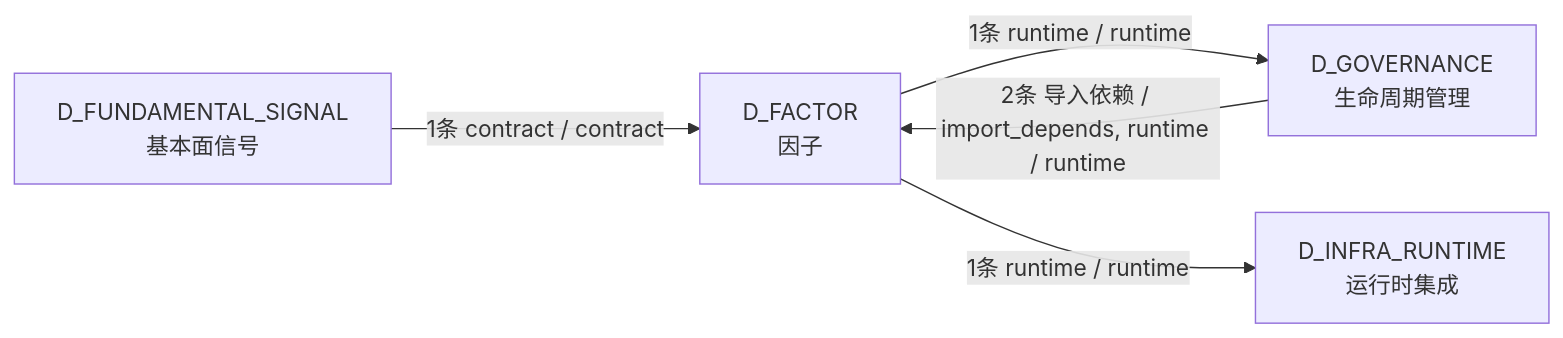
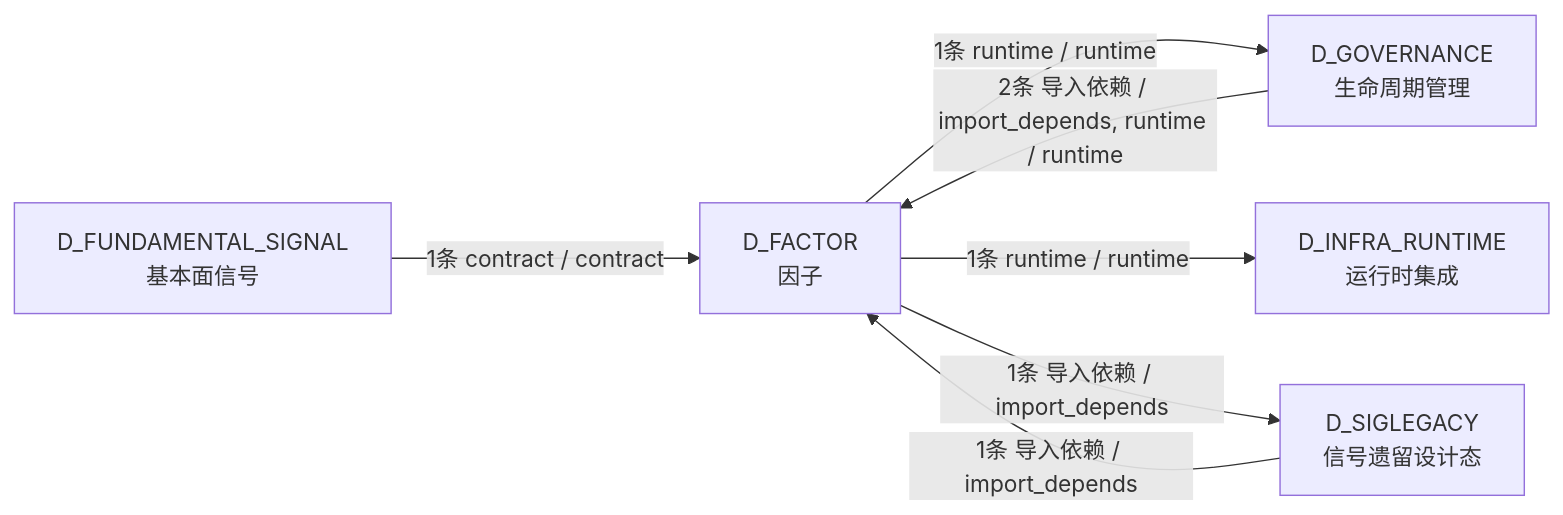
One commit to xuanFelixVan/ZephyrAlpha changed the fourth of 4 diagrams in docs/02_enterprise_architecture/02_domain_architecture_docs/34_d_factor.md. Above: the diagram before and after it, drawn with Mermaid. The commit also changed other lines of this file and 112 other files, not shown here.

````diff
--- a/docs/02_enterprise_architecture/02_domain_architecture_docs/34_d_factor.md
+++ b/docs/02_enterprise_architecture/02_domain_architecture_docs/34_d_factor.md
@@ -200,11 +212,14 @@
 ```mermaid
 graph LR
     D_FACTOR["D_FACTOR<br/>因子"]
     D_GOVERNANCE["D_GOVERNANCE<br/>生命周期管理"]
     D_INFRA_RUNTIME["D_INFRA_RUNTIME<br/>运行时集成"]
+    D_SIGLEGACY["D_SIGLEGACY<br/>信号遗留设计态"]
     D_FUNDAMENTAL_SIGNAL["D_FUNDAMENTAL_SIGNAL<br/>基本面信号"]
     D_FACTOR -->|1条 runtime / runtime| D_GOVERNANCE
     D_FACTOR -->|1条 runtime / runtime| D_INFRA_RUNTIME
+    D_FACTOR -->|1条 导入依赖 / import_depends| D_SIGLEGACY
     D_GOVERNANCE -->|2条 导入依赖 / import_depends, runtime / runtime| D_FACTOR
     D_FUNDAMENTAL_SIGNAL -->|1条 contract / contract| D_FACTOR
+    D_SIGLEGACY -->|1条 导入依赖 / import_depends| D_FACTOR
 ```
````
